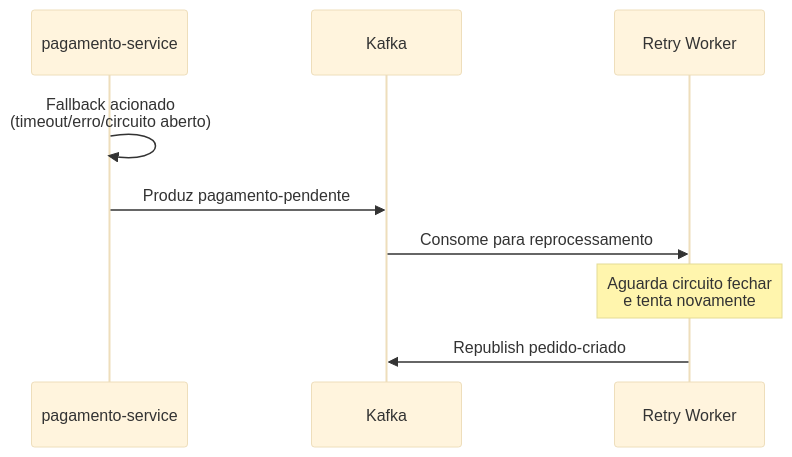
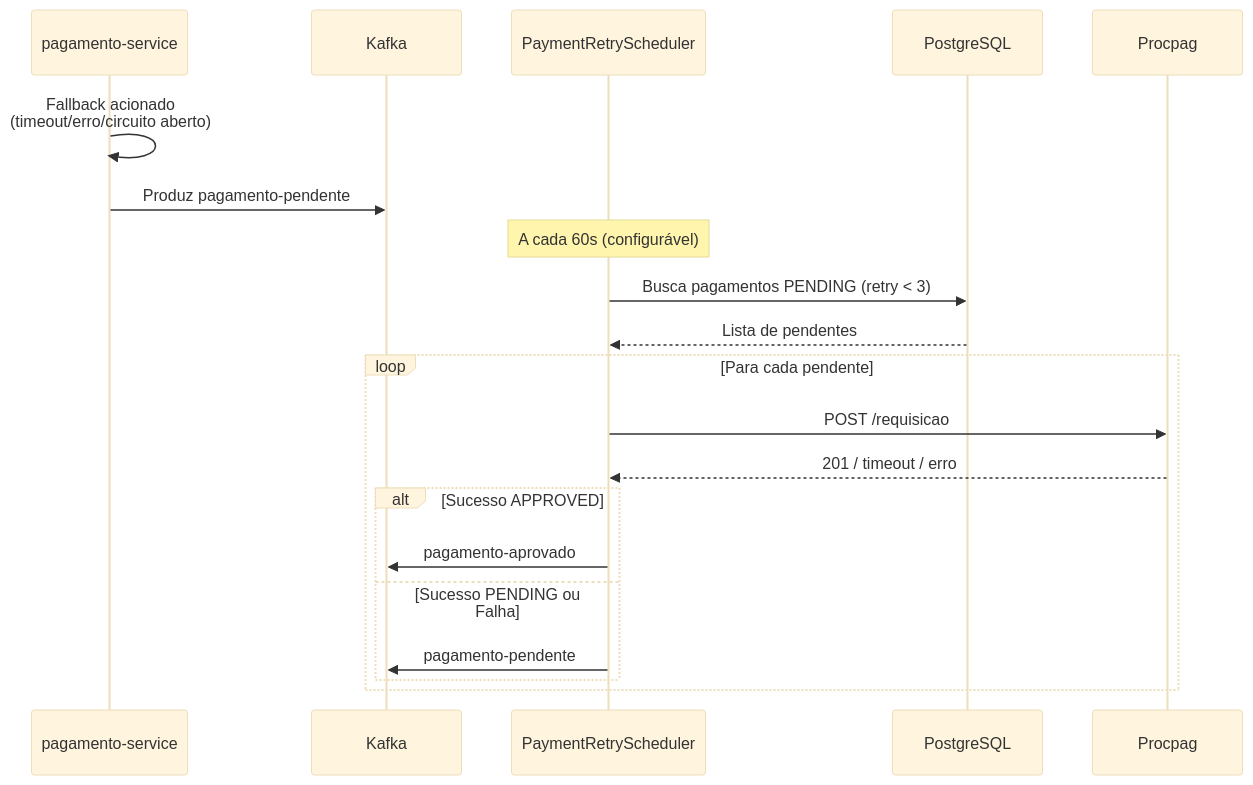
One commit to HugoOliveiraSoares/tech-challenge-iii changed the third of 3 diagrams in docs/KAFKA.md. Above: the diagram before and after it, drawn with Mermaid (base theme). The commit also changed other lines of this file and 48 other files, not shown here.

````diff
--- a/docs/KAFKA.md
+++ b/docs/KAFKA.md
@@ -107,14 +107,25 @@
 ```mermaid
 sequenceDiagram
     participant PgS as pagamento-service
     participant Kafka
-    participant Worker as Retry Worker
+    participant Scheduler as PaymentRetryScheduler
+    participant DB as PostgreSQL
+    participant Procpag as Procpag
 
     PgS->>PgS: Fallback acionado<br/>(timeout/erro/circuito aberto)
     PgS->>Kafka: Produz pagamento-pendente
-    Kafka->>Worker: Consome para reprocessamento
     
-    Note over Worker: Aguarda circuito fechar<br/>e tenta novamente
+    Note over Scheduler: A cada 60s (configurável)
+    Scheduler->>DB: Busca pagamentos PENDING (retry < 3)
+    DB-->>Scheduler: Lista de pendentes
     
-    Worker->>Kafka: Republish pedido-criado
+    loop Para cada pendente
+        Scheduler->>Procpag: POST /requisicao
+        Procpag-->>Scheduler: 201 / timeout / erro
+        alt Sucesso APPROVED
+            Scheduler->>Kafka: pagamento-aprovado
+        else Sucesso PENDING ou Falha
+            Scheduler->>Kafka: pagamento-pendente
+        end
+    end
 ```
````
